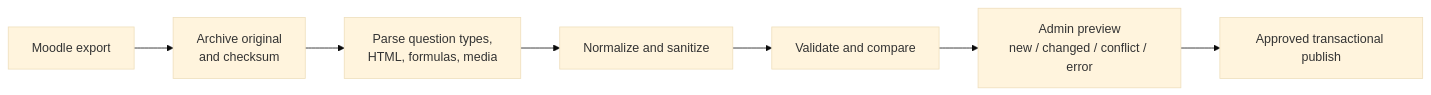
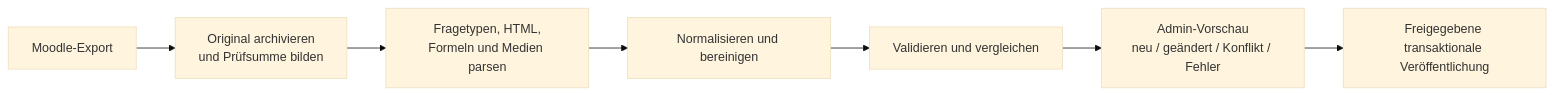
One commit to FlamurMaliqi/scariev-learning-platform changed the third of 3 diagrams in docs/architecture.md. Above: the diagram before and after it, drawn with Mermaid (base theme). The commit also changed other lines of this file and 3 other files, not shown here.

````diff
--- a/docs/architecture.md
+++ b/docs/architecture.md
@@ -124,9 +124,9 @@
 ```mermaid
 flowchart LR
-    source["Moodle export"] --> archive["Archive original<br/>and checksum"]
-    archive --> parse["Parse question types,<br/>HTML, formulas, media"]
-    parse --> normalize["Normalize and sanitize"]
-    normalize --> validate["Validate and compare"]
-    validate --> preview["Admin preview<br/>new / changed / conflict / error"]
-    preview --> publish["Approved transactional publish"]
+    source["Moodle-Export"] --> archive["Original archivieren<br/>und Prüfsumme bilden"]
+    archive --> parse["Fragetypen, HTML,<br/>Formeln und Medien parsen"]
+    parse --> normalize["Normalisieren und bereinigen"]
+    normalize --> validate["Validieren und vergleichen"]
+    validate --> preview["Admin-Vorschau<br/>neu / geändert / Konflikt / Fehler"]
+    preview --> publish["Freigegebene transaktionale Veröffentlichung"]
 ```
````
